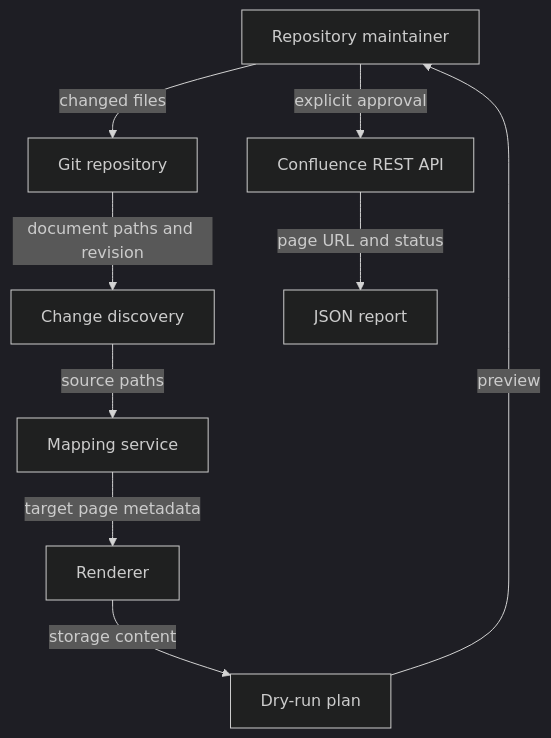
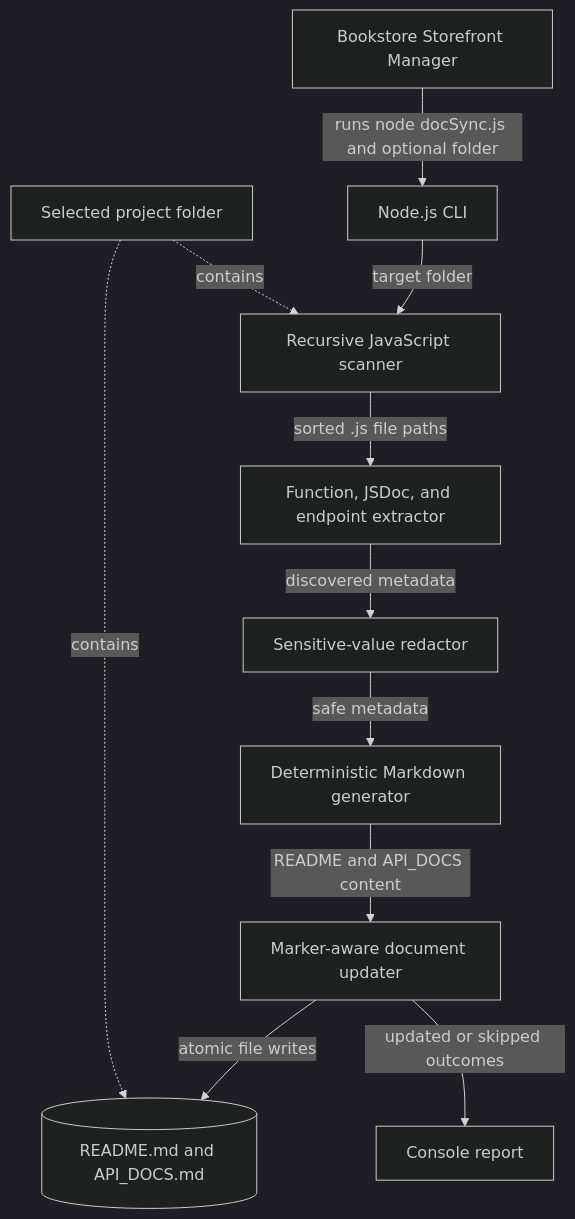
One commit to diwakarpriscilla/doc-sync-v2-hitl changed the first of 2 diagrams in architecture.md. Above: the diagram before and after it, drawn with Mermaid (dark theme). The commit also changed other lines of this file and 2 other files, not shown here.

Commit message:
docs: add automated documentation sync architecture

````diff
--- a/architecture.md
+++ b/architecture.md
@@ -20,11 +5,13 @@
 ```mermaid
-flowchart TD
-  USER[Repository maintainer] -->|changed files| GIT[Git repository]
-  GIT -->|document paths and revision| DISC[Change discovery]
-  DISC -->|source paths| MAP[Mapping service]
-  MAP -->|target page metadata| RENDER[Renderer]
-  RENDER -->|storage content| PLAN[Dry-run plan]
-  PLAN -->|preview| USER
-  USER -->|explicit approval| CONF[Confluence REST API]
-  CONF -->|page URL and status| REPORT[JSON report]
+flowchart TB
+  MANAGER[Bookstore Storefront Manager] -->|runs node docSync.js and optional folder| CLI[Node.js CLI]
+  CLI -->|target folder| SCAN[Recursive JavaScript scanner]
+  SCAN -->|sorted .js file paths| EXTRACT[Function, JSDoc, and endpoint extractor]
+  EXTRACT -->|discovered metadata| REDACT[Sensitive-value redactor]
+  REDACT -->|safe metadata| GENERATE[Deterministic Markdown generator]
+  GENERATE -->|README and API_DOCS content| MARKERS[Marker-aware document updater]
+  MARKERS -->|atomic file writes| DOCS[(README.md and API_DOCS.md)]
+  MARKERS -->|updated or skipped outcomes| REPORT[Console report]
+  TARGET[Selected project folder] -. contains .-> SCAN
+  TARGET -. contains .-> DOCS
 ```
````
